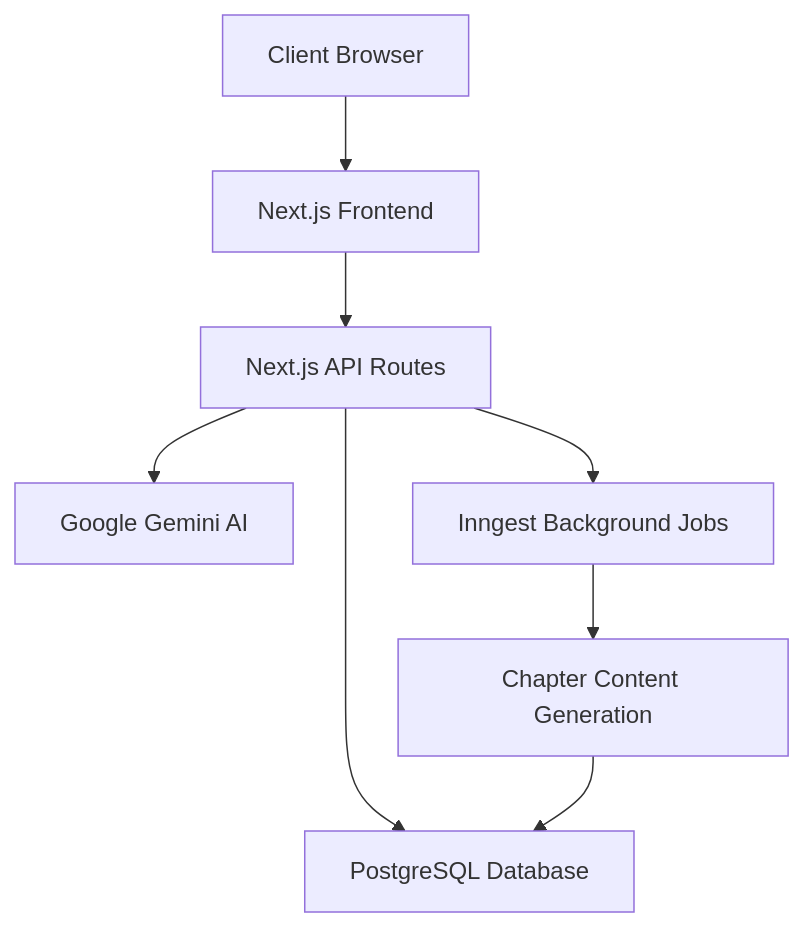
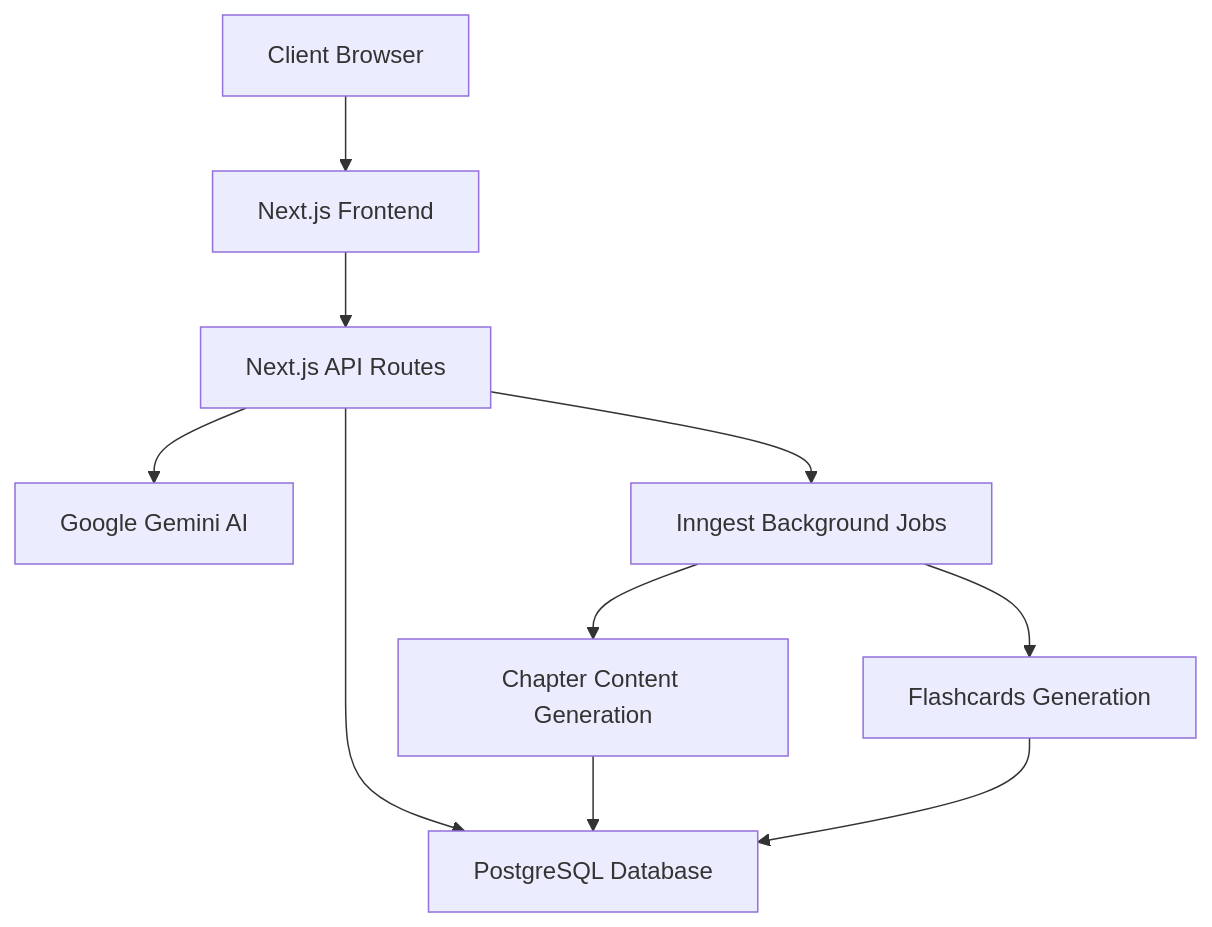
The first of 4 diagrams in README.md (ItsRudraksh/studymate-ai), drawn with Mermaid before and after one commit. The commit also changed other lines of this file and 20 other files, not shown here.

````diff
--- a/README.md
+++ b/README.md
@@ -39,10 +56,12 @@
 ```mermaid
 graph TD
     A[Client Browser] --> B[Next.js Frontend]
     B --> C[Next.js API Routes]
     C --> D[PostgreSQL Database]
     C --> E[Google Gemini AI]
     C --> F[Inngest Background Jobs]
     F --> G[Chapter Content Generation]
+    F --> H[Flashcards Generation]
     G --> D
+    H --> D
 ```
````
